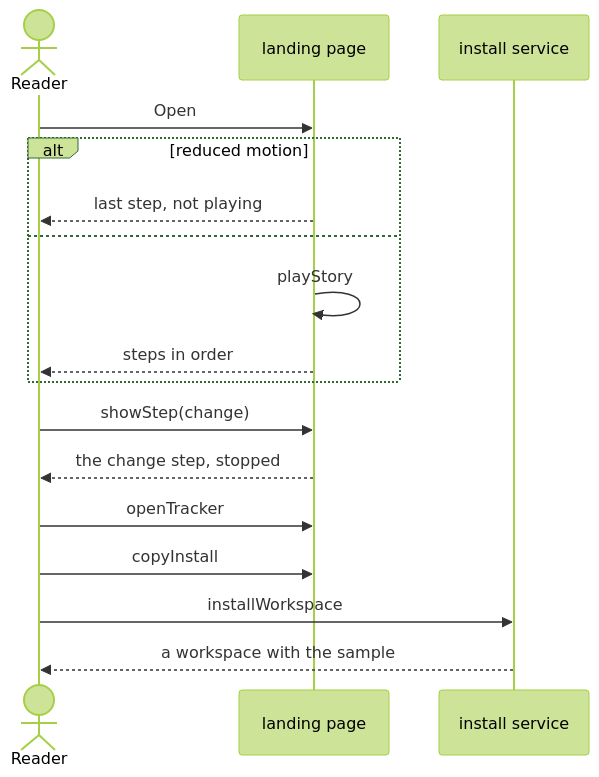
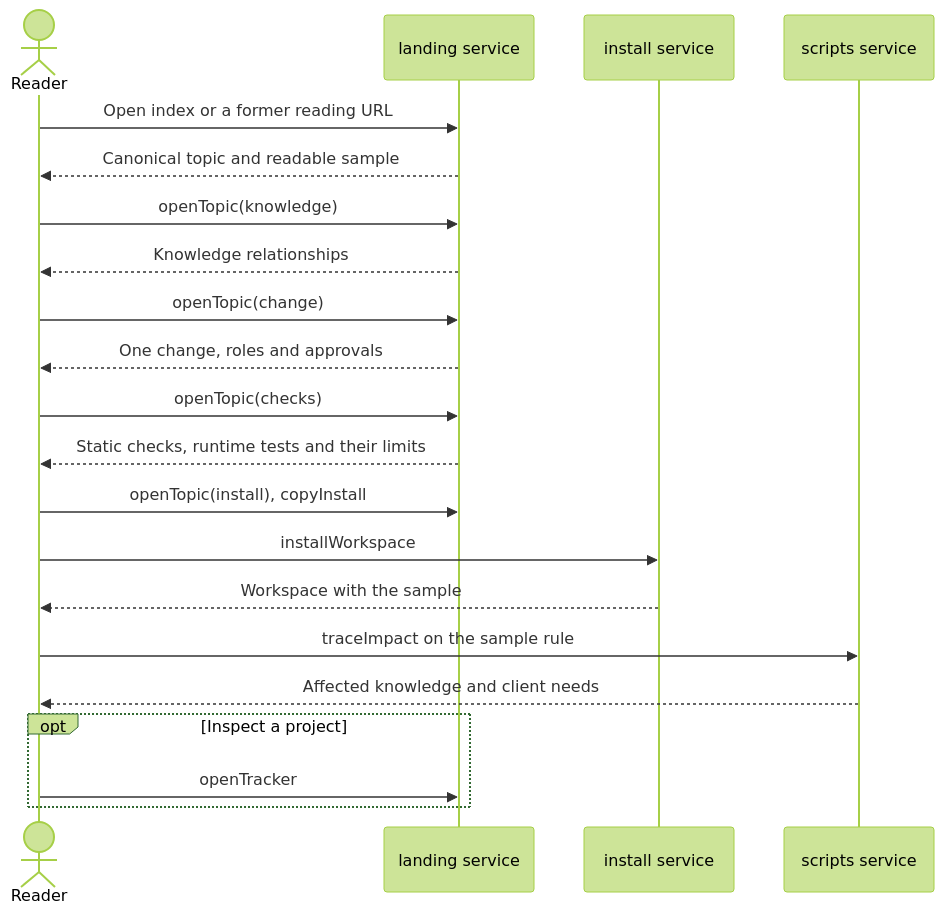
One commit to hieutran21198/Artifact-Driven-Framework changed the diagram in docs/software-knowledges/flows/learn-framework.md. Above: the diagram before and after it, drawn with Mermaid (forest theme). The commit also changed other lines of this file and 36 other files, not shown here.

Commit message:
#49 Unify reading guide and fix tracker navigation

````diff
--- a/docs/software-knowledges/flows/learn-framework.md
+++ b/docs/software-knowledges/flows/learn-framework.md
@@ -43,20 +49,24 @@
 ```mermaid
 sequenceDiagram
     actor Reader
-    participant Page as landing page
+    participant Page as landing service
     participant Install as install service
+    participant Scripts as scripts service
 
-    Reader->>Page: Open
-    alt reduced motion
-        Page-->>Reader: last step, not playing
-    else
-        Page->>Page: playStory
-        Page-->>Reader: steps in order
+    Reader->>Page: Open index or a former reading URL
+    Page-->>Reader: Canonical topic and readable sample
+    Reader->>Page: openTopic(knowledge)
+    Page-->>Reader: Knowledge relationships
+    Reader->>Page: openTopic(change)
+    Page-->>Reader: One change, roles and approvals
+    Reader->>Page: openTopic(checks)
+    Page-->>Reader: Static checks, runtime tests and their limits
+    Reader->>Page: openTopic(install), copyInstall
+    Reader->>Install: installWorkspace
+    Install-->>Reader: Workspace with the sample
+    Reader->>Scripts: traceImpact on the sample rule
+    Scripts-->>Reader: Affected knowledge and client needs
+    opt Inspect a project
+        Reader->>Page: openTracker
     end
-    Reader->>Page: showStep(change)
-    Page-->>Reader: the change step, stopped
-    Reader->>Page: openTracker
-    Reader->>Page: copyInstall
-    Reader->>Install: installWorkspace
-    Install-->>Reader: a workspace with the sample
 ```
````
